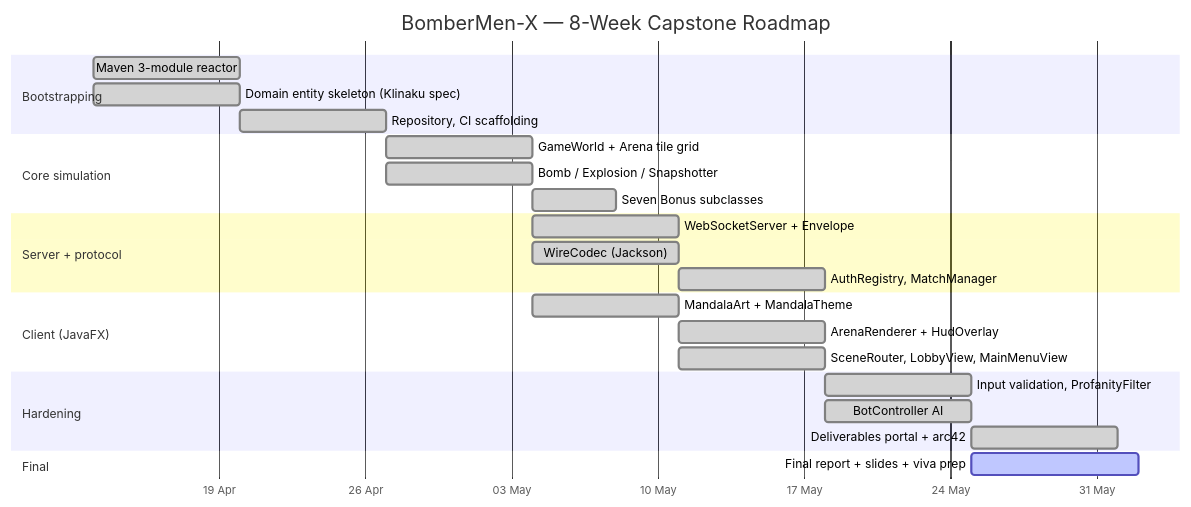
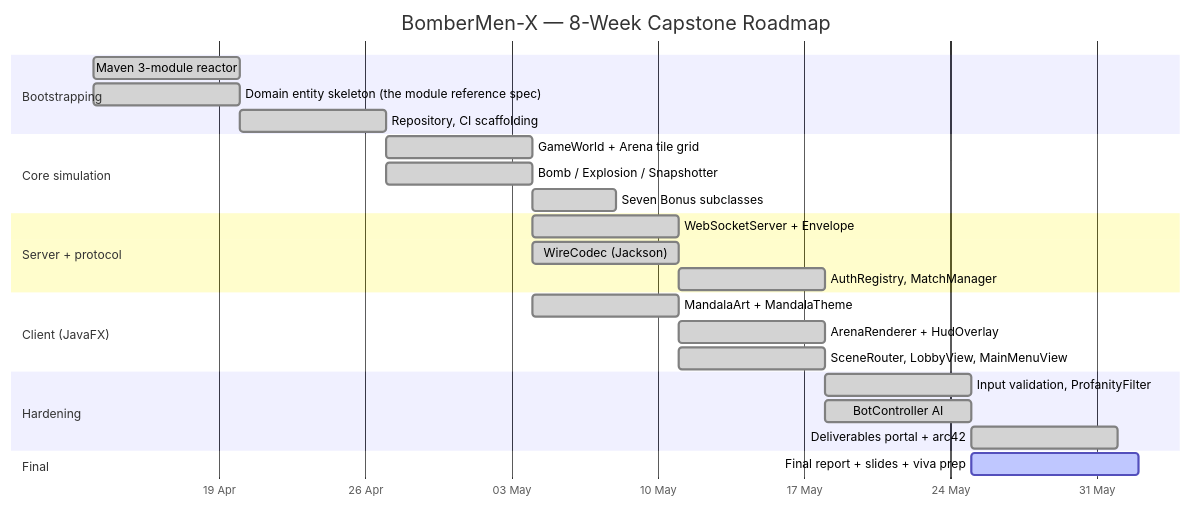
The diagram in plans/PLANS.md (AbhilashAnuku/bombermenx), drawn with Mermaid before and after one commit. The commit also changed other lines of this file and 27 other files, not shown here.

````diff
--- a/plans/PLANS.md
+++ b/plans/PLANS.md
@@ -13,35 +12,35 @@
 ```mermaid
 gantt
     title BomberMen-X — 8-Week Capstone Roadmap
     dateFormat  YYYY-MM-DD
     axisFormat  %d %b
     todayMarker stroke:#ffc107,stroke-width:3px,opacity:0.9
 
     section Bootstrapping
     Maven 3-module reactor                :done,   b1, 2026-04-13, 7d
-    Domain entity skeleton (Klinaku spec) :done,   b2, 2026-04-13, 7d
+    Domain entity skeleton (the module reference spec) :done,   b2, 2026-04-13, 7d
     Repository, CI scaffolding            :done,   b3, 2026-04-20, 7d
 
     section Core simulation
     GameWorld + Arena tile grid           :done,   c1, 2026-04-27, 7d
     Bomb / Explosion / Snapshotter        :done,   c2, 2026-04-27, 7d
     Seven Bonus subclasses                :done,   c3, 2026-05-04, 4d
 
     section Server + protocol
     WebSocketServer + Envelope            :done,   s1, 2026-05-04, 7d
     WireCodec (Jackson)                   :done,   s2, 2026-05-04, 7d
     AuthRegistry, MatchManager            :done,   s3, 2026-05-11, 7d
 
     section Client (JavaFX)
     MandalaArt + MandalaTheme             :done,   k1, 2026-05-04, 7d
     ArenaRenderer + HudOverlay            :done,   k2, 2026-05-11, 7d
     SceneRouter, LobbyView, MainMenuView  :done,   k3, 2026-05-11, 7d
 
     section Hardening
     Input validation, ProfanityFilter     :done,   h1, 2026-05-18, 7d
     BotController AI                      :done,   h2, 2026-05-18, 7d
     Deliverables portal + arc42           :done,   h3, 2026-05-25, 7d
 
     section Final
     Final report + slides + viva prep     :active, f1, 2026-05-25, 8d
 ```
````
